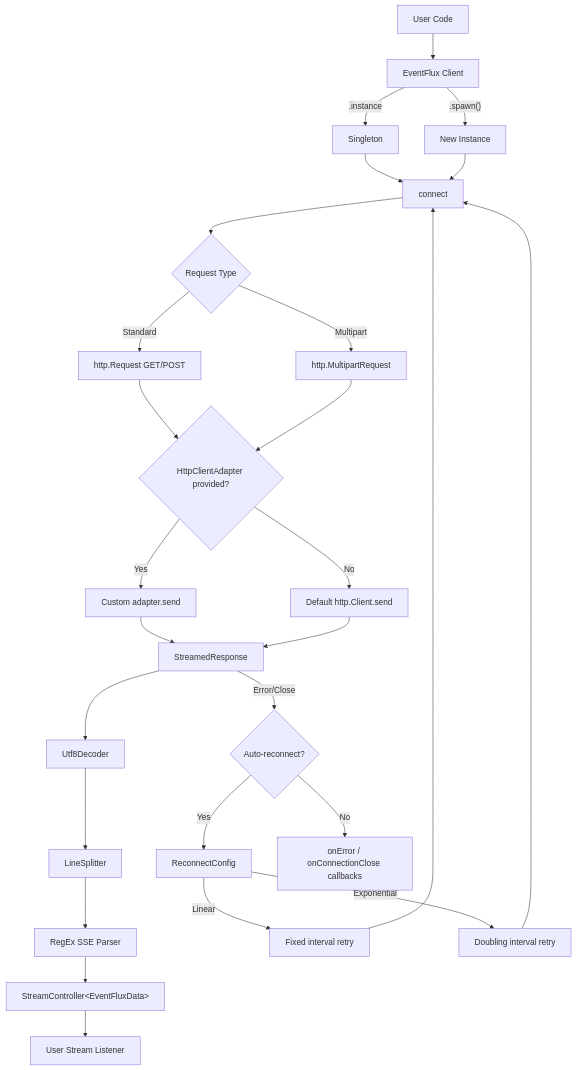
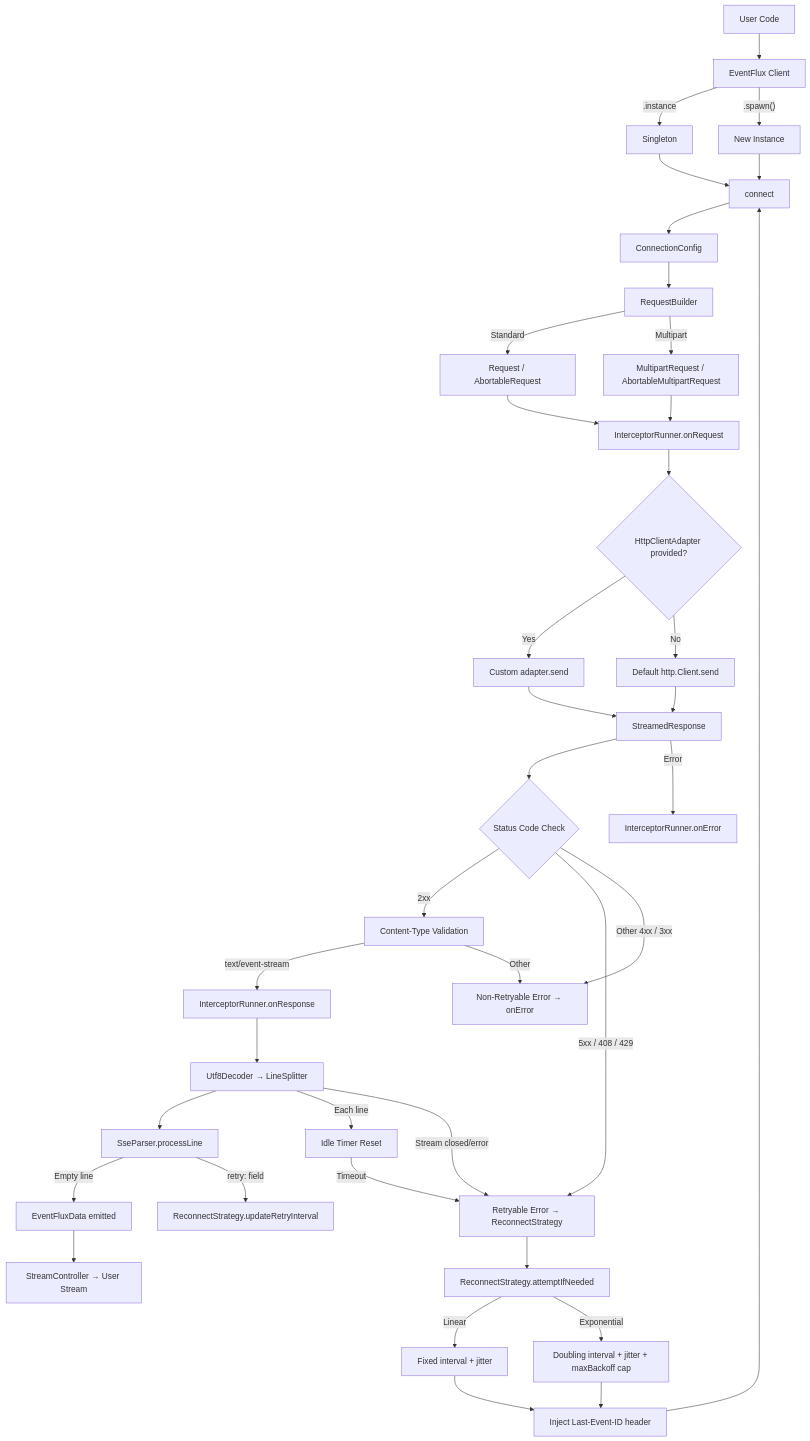
Before and after one commit to Imgkl/EventFlux: the diagram in CLAUDE.md, drawn with Mermaid. The commit also changed other lines of this file and 37 other files, not shown here.

````diff
--- a/CLAUDE.md
+++ b/CLAUDE.md
@@ -30,35 +32,52 @@
 ```mermaid
 graph TD
     A[User Code] --> B[EventFlux Client]
     B -->|".instance"| C[Singleton]
     B -->|".spawn()"| D[New Instance]
 
     C --> E[connect]
     D --> E
 
-    E --> F{Request Type}
-    F -->|Standard| G[http.Request GET/POST]
-    F -->|Multipart| H[http.MultipartRequest]
+    E --> F[ConnectionConfig]
+    F --> G[RequestBuilder]
+    G -->|Standard| H[Request / AbortableRequest]
+    G -->|Multipart| I[MultipartRequest / AbortableMultipartRequest]
 
-    G --> I{HttpClientAdapter provided?}
-    H --> I
-    I -->|Yes| J[Custom adapter.send]
-    I -->|No| K[Default http.Client.send]
+    H --> J[InterceptorRunner.onRequest]
+    I --> J
 
-    J --> L[StreamedResponse]
-    K --> L
+    J --> K{HttpClientAdapter provided?}
+    K -->|Yes| L[Custom adapter.send]
+    K -->|No| M[Default http.Client.send]
 
-    L --> M[Utf8Decoder]
-    M --> N[LineSplitter]
-    N --> O[RegEx SSE Parser]
-    O --> P[StreamController&lt;EventFluxData&gt;]
-    P --> Q[User Stream Listener]
+    L --> N[StreamedResponse]
+    M --> N
 
-    L -->|Error/Close| R{Auto-reconnect?}
-    R -->|Yes| S[ReconnectConfig]
-    S -->|Linear| T[Fixed interval retry]
-    S -->|Exponential| U[Doubling interval retry]
-    T --> E
-    U --> E
-    R -->|No| V[onError / onConnectionClose callbacks]
+    N --> O{Status Code Check}
+    O -->|2xx| P[Content-Type Validation]
+    O -->|5xx / 408 / 429| Q[Retryable Error → ReconnectStrategy]
+    O -->|Other 4xx / 3xx| R[Non-Retryable Error → onError]
+
+    P -->|text/event-stream| S[InterceptorRunner.onResponse]
+    P -->|Other| R
+
+    S --> T[Utf8Decoder → LineSplitter]
+    T --> U[SseParser.processLine]
+    U -->|Empty line| V[EventFluxData emitted]
+    U -->|retry: field| W[ReconnectStrategy.updateRetryInterval]
+    V --> X[StreamController → User Stream]
+
+    T -->|Each line| Y[Idle Timer Reset]
+    Y -->|Timeout| Q
+
+    T -->|Stream closed/error| Q
+
+    Q --> Z[ReconnectStrategy.attemptIfNeeded]
+    Z -->|Linear| AA[Fixed interval + jitter]
+    Z -->|Exponential| AB[Doubling interval + jitter + maxBackoff cap]
+    AA --> AC[Inject Last-Event-ID header]
+    AB --> AC
+    AC --> E
+
+    N -->|Error| AD[InterceptorRunner.onError]
 ```
````
